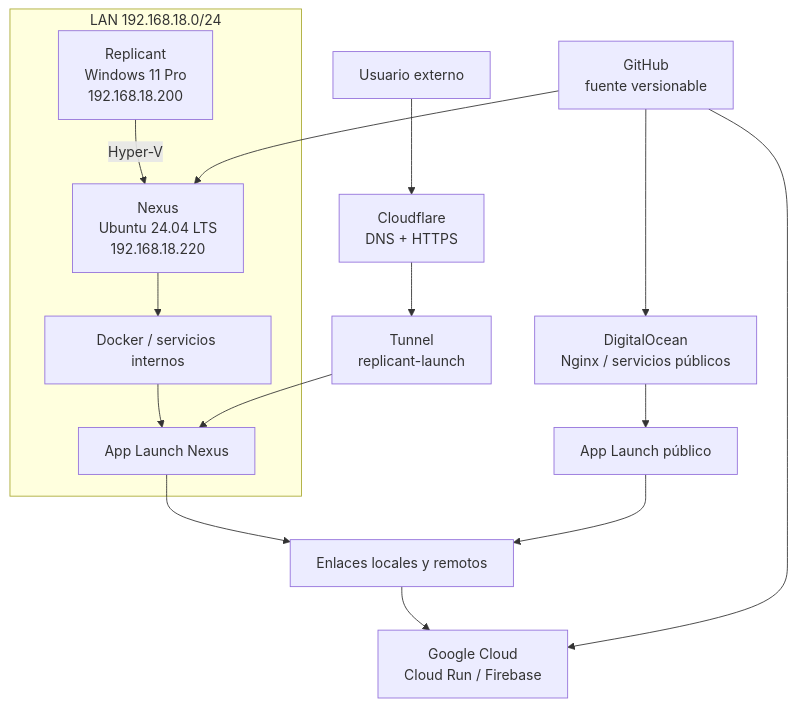
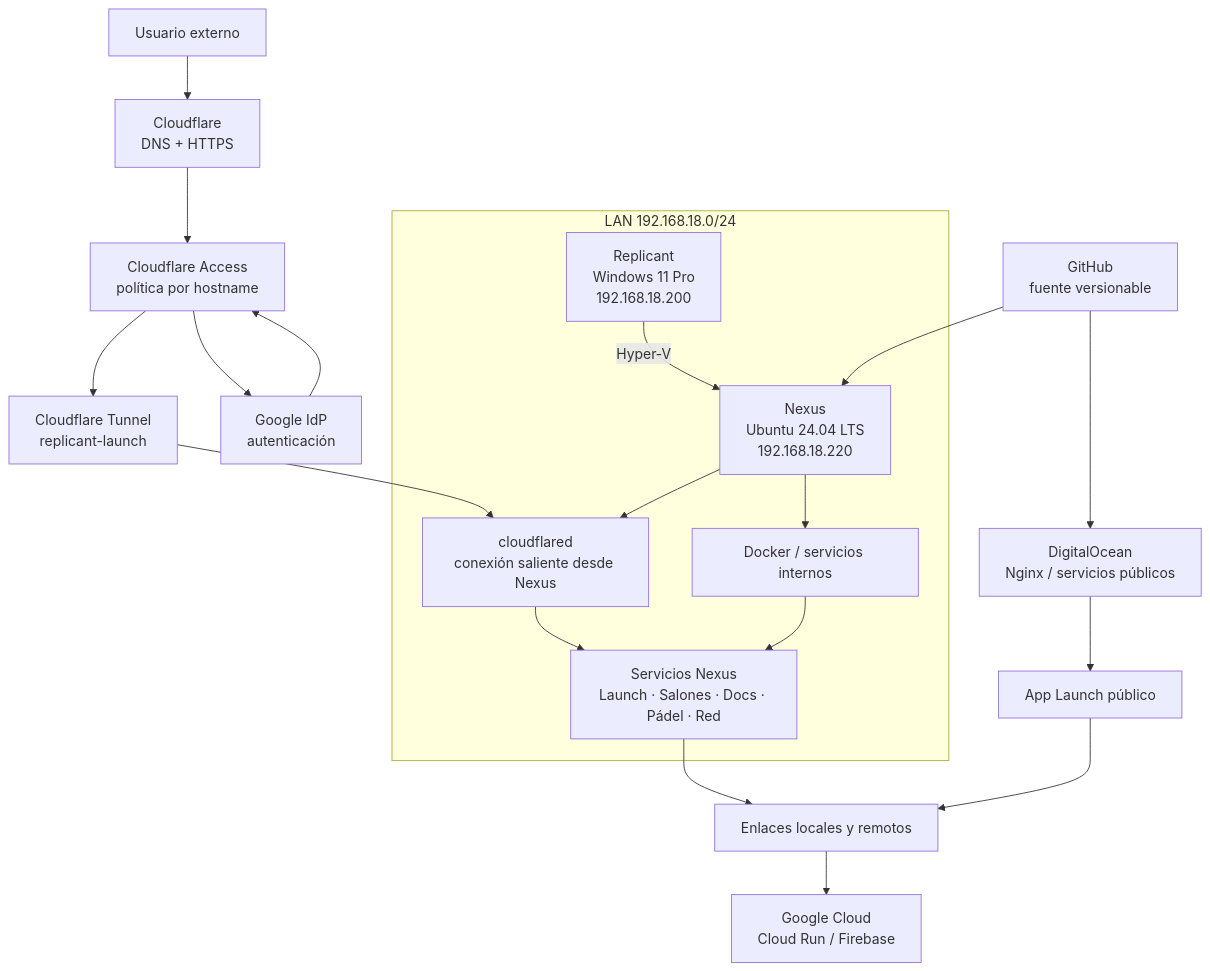
One commit to ratienza/infra-replicant-lab changed the first of 2 diagrams in docs/arquitectura.md. Above: the diagram before and after it, drawn with Mermaid.

Commit message:
docs: show Access and Tunnel in architecture

````diff
--- a/docs/arquitectura.md
+++ b/docs/arquitectura.md
@@ -5,25 +5,26 @@
 ```mermaid
 flowchart TB
+    U["Usuario externo"] --> CF["Cloudflare<br/>DNS + HTTPS"]
+    CF --> CA["Cloudflare Access<br/>política por hostname"]
+    CA --> GI["Google IdP<br/>autenticación"]
+    GI --> CA
+    CA --> T["Cloudflare Tunnel<br/>replicant-launch"]
+    T --> F["cloudflared<br/>conexión saliente desde Nexus"]
+    F --> NS["Servicios Nexus<br/>Launch · Salones · Docs · Pádel · Red"]
+
     subgraph LAN["LAN 192.168.18.0/24"]
         R["Replicant<br/>Windows 11 Pro<br/>192.168.18.200"]
         N["Nexus<br/>Ubuntu 24.04 LTS<br/>192.168.18.220"]
         R -->|Hyper-V| N
+        N --> F
         N --> NR["Docker / servicios internos"]
-        NR --> NAL["App Launch Nexus"]
+        NR --> NS
     end
-    CF["Cloudflare<br/>DNS + HTTPS"]
-    T["Tunnel<br/>replicant-launch"]
-    U["Usuario externo"]
-    GH["GitHub<br/>fuente versionable"]
-    DO["DigitalOcean<br/>Nginx / servicios públicos"]
-    DAL["App Launch público"]
-    GC["Google Cloud<br/>Cloud Run / Firebase"]
-    GH --> N
-    GH --> DO
-    GH --> GC
-    DO --> DAL
-    U --> CF --> T --> NAL
-    NAL --> LINKS["Enlaces locales y remotos"]
+
+    GH["GitHub<br/>fuente versionable"] --> N
+    GH --> DO["DigitalOcean<br/>Nginx / servicios públicos"]
+    DO --> DAL["App Launch público"]
+    NS --> LINKS["Enlaces locales y remotos"]
     DAL --> LINKS
-    LINKS --> GC
+    LINKS --> GC["Google Cloud<br/>Cloud Run / Firebase"]
 ```
````
